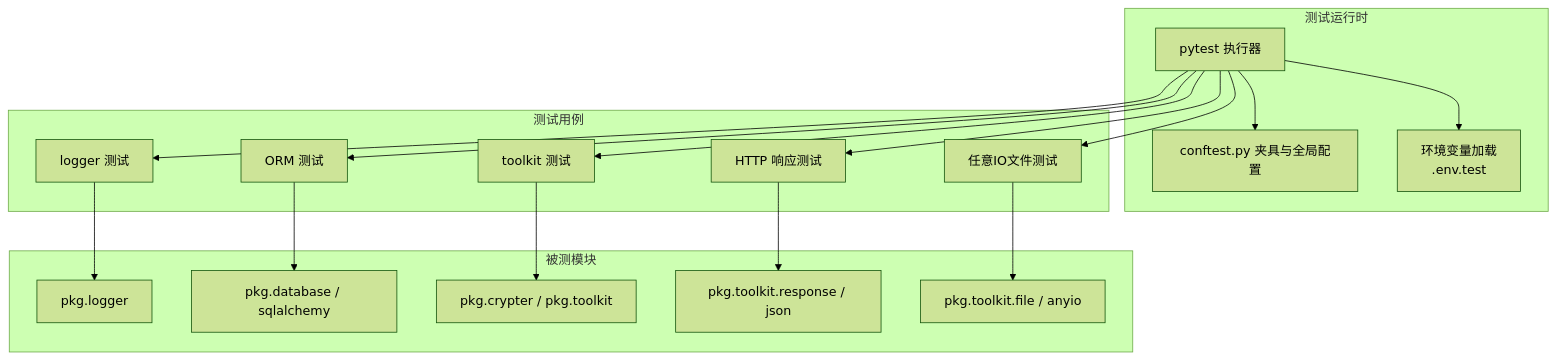
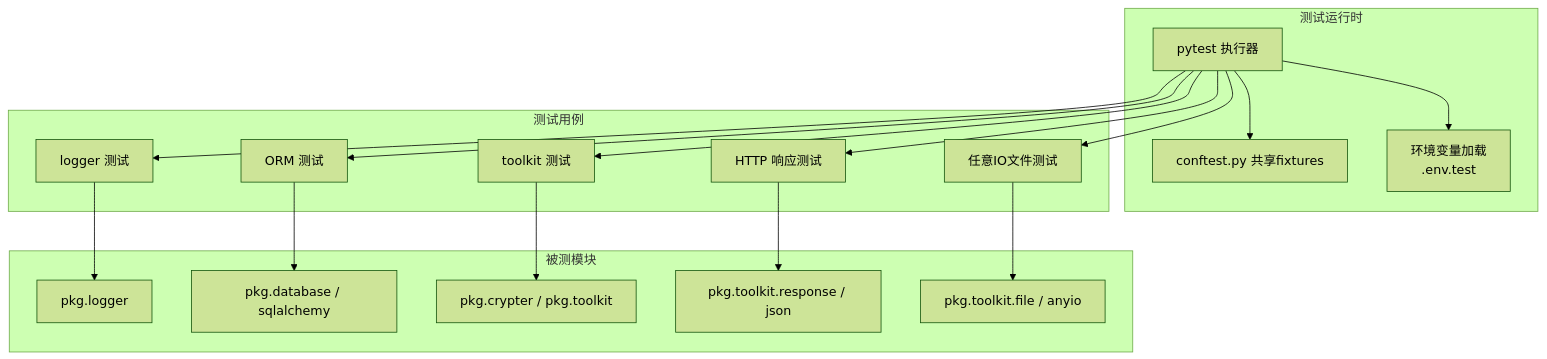
The second of 4 diagrams in .qoder/repowiki/zh/content/测试策略/测试配置.md (lilinzezzzzzz/fastapi-backend), drawn with Mermaid (forest theme) before and after one commit. The commit also changed other lines of this file and 38 other files, not shown here.

````diff
--- a/.qoder/repowiki/zh/content/测试策略/测试配置.md
+++ b/.qoder/repowiki/zh/content/测试策略/测试配置.md
@@ -95,34 +116,34 @@
 ```mermaid
 graph TB
 subgraph "测试运行时"
 P["pytest 执行器"]
-CF["conftest.py 夹具与全局配置"]
+CF["conftest.py 共享fixtures"]
 ENV["环境变量加载<br/>.env.test"]
 end
 subgraph "测试用例"
 T1["logger 测试"]
 T2["ORM 测试"]
 T3["toolkit 测试"]
 T4["HTTP 响应测试"]
 T5["任意IO文件测试"]
 end
 subgraph "被测模块"
 M1["pkg.logger"]
 M2["pkg.database / sqlalchemy"]
 M3["pkg.crypter / pkg.toolkit"]
 M4["pkg.toolkit.response / json"]
 M5["pkg.toolkit.file / anyio"]
 end
 P --> CF
 P --> ENV
 P --> T1
 P --> T2
 P --> T3
 P --> T4
 P --> T5
 T1 --> M1
 T2 --> M2
 T3 --> M3
 T4 --> M4
 T5 --> M5
 ```
````
